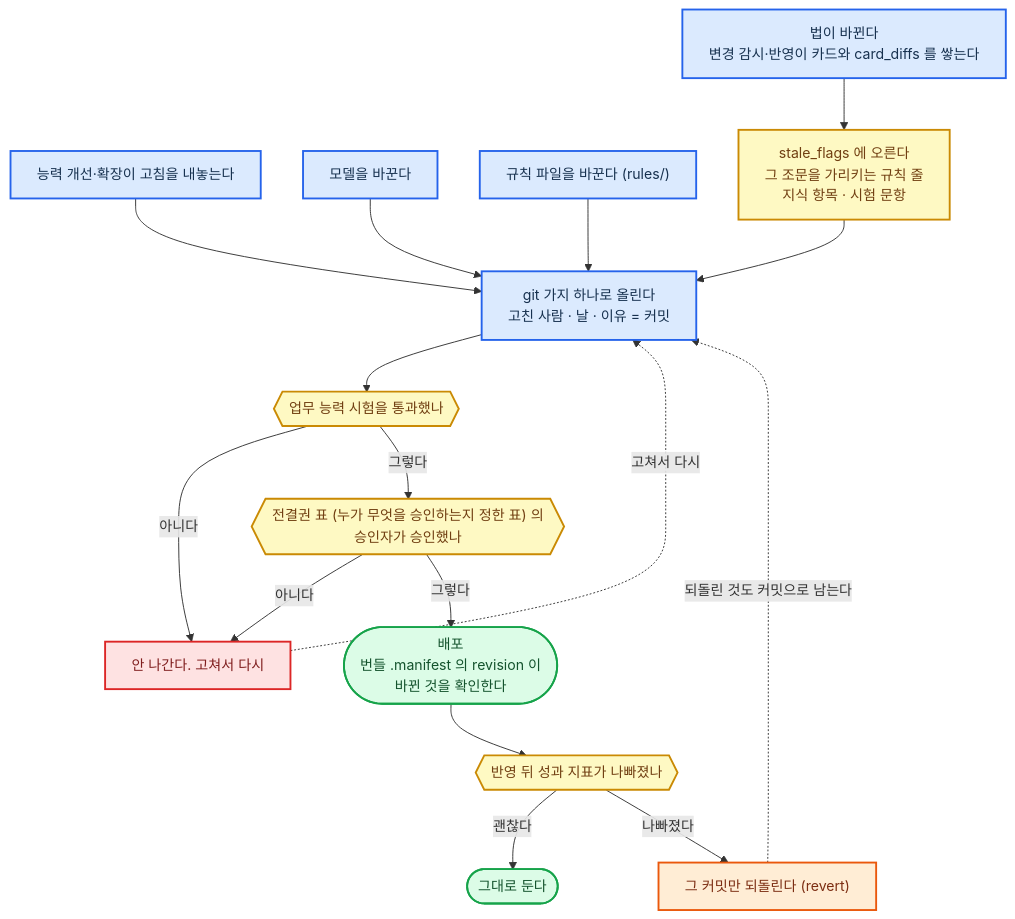
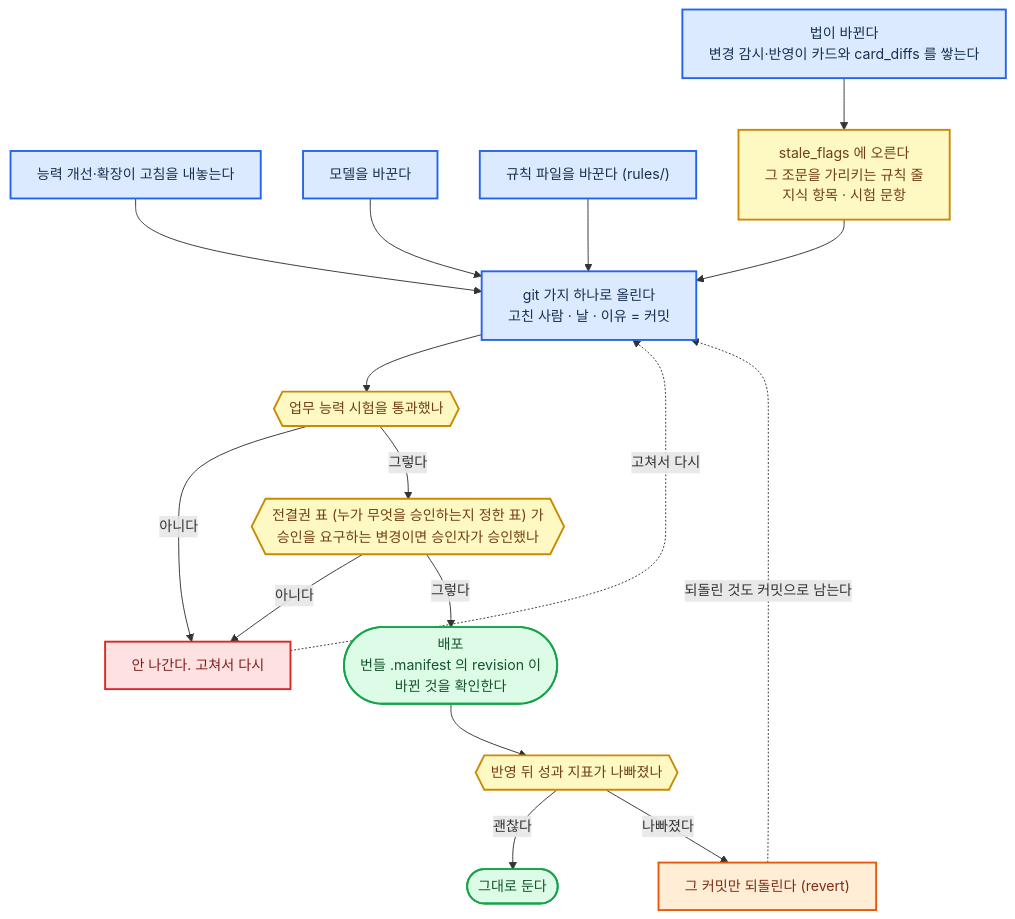
One commit to harisbaguette/expert changed the third of 15 diagrams in 전문가 에이전트 정의 2.md. Above: the diagram before and after it, drawn with Mermaid. The commit also changed other lines of this file, not shown here.

````diff
--- a/전문가 에이전트 정의 2.md
+++ b/전문가 에이전트 정의 2.md
@@ -645,39 +636,39 @@
 ```mermaid
 %%{init: {"flowchart": {"wrappingWidth": 640, "curve": "basis", "nodeSpacing": 45, "rankSpacing": 55, "padding": 14, "useMaxWidth": true}, "themeVariables": {"fontSize": "15px"}} }%%
 flowchart TB
     C1["법이 바뀐다<br/>변경 감시·반영이 카드와 card_diffs 를 쌓는다"]:::main
     C2["능력 개선·확장이 고침을 내놓는다"]:::main
     C3["모델을 바꾼다"]:::main
     C4["규칙 파일을 바꾼다 (rules/)"]:::main
     F["stale_flags 에 오른다<br/>그 조문을 가리키는 규칙 줄<br/>지식 항목 · 시험 문항"]:::note
     G["git 가지 하나로 올린다<br/>고친 사람 · 날 · 이유 = 커밋"]:::main
     T{{"업무 능력 시험을 통과했나"}}:::note
-    A{{"전결권 표 (누가 무엇을 승인하는지 정한 표) 의<br/>승인자가 승인했나"}}:::note
+    A{{"전결권 표 (누가 무엇을 승인하는지 정한 표) 가<br/>승인을 요구하는 변경이면 승인자가 승인했나"}}:::note
     B["안 나간다. 고쳐서 다시"]:::stop
     D(["배포<br/>번들 .manifest 의 revision 이<br/>바뀐 것을 확인한다"]):::good
     W{{"반영 뒤 성과 지표가 나빠졌나"}}:::note
     R["그 커밋만 되돌린다 (revert)"]:::back
     OK(["그대로 둔다"]):::good
     B -. "고쳐서 다시" .-> G
     R -. "되돌린 것도 커밋으로 남는다" .-> G
     C1 --> F
     F --> G
     C2 --> G
     C3 --> G
     C4 --> G
     G --> T
     A -- "아니다" --> B
     T -- "아니다" --> B
     T -- "그렇다" --> A
     A -- "그렇다" --> D
     D --> W
     W -- "괜찮다" --> OK
     W -- "나빠졌다" --> R
     T ~~~ W
     classDef main fill:#dbeafe,stroke:#2563eb,stroke-width:2px,color:#17314f
     classDef stop fill:#fee2e2,stroke:#dc2626,stroke-width:2px,color:#7f1d1d
     classDef back fill:#ffedd5,stroke:#ea580c,stroke-width:2px,color:#7c2d12
     classDef store fill:#e5e7eb,stroke:#6b7280,stroke-width:2px,color:#1f2937
     classDef good fill:#dcfce7,stroke:#16a34a,stroke-width:2px,color:#14532d
     classDef note fill:#fef9c3,stroke:#ca8a04,stroke-width:2px,color:#713f12
 ```
````
